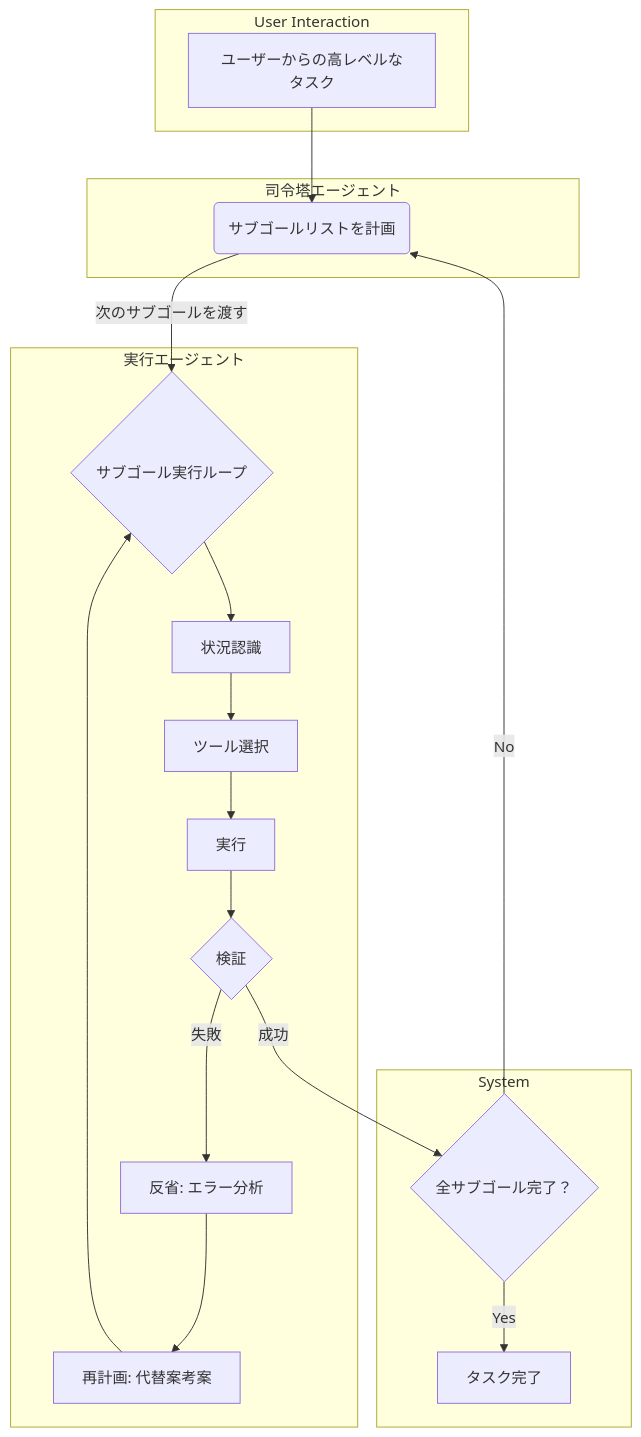
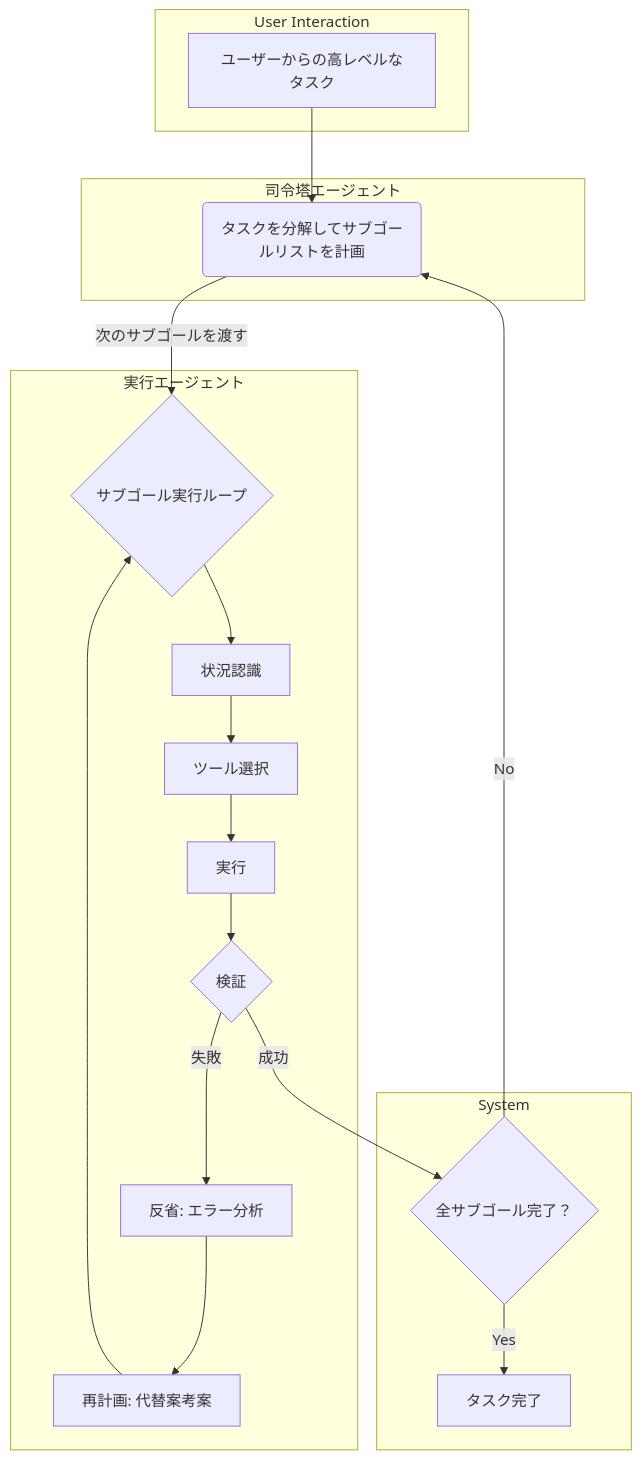
The diagram in README.md (sella-roum/stagehand-agent-console), drawn with Mermaid before and after one commit. The commit also changed other lines of this file and 2 other files, not shown here.

````diff
--- a/README.md
+++ b/README.md
@@ -31,39 +31,39 @@
 ```mermaid
 graph TD
     subgraph User Interaction
         A[ユーザーからの高レベルなタスク]
     end
 
     subgraph Chief Agent [司令塔エージェント]
-        B(サブゴールリストを計画)
+        B(タスクを分解してサブゴールリストを計画)
     end
 
     subgraph Task Automation Agent [実行エージェント]
         C{サブゴール実行ループ}
         D[状況認識]
         E[ツール選択]
         F[実行]
         G{検証}
         H[反省: エラー分析]
         I[再計画: 代替案考案]
     end
 
     subgraph System
         J{全サブゴール完了？}
         K[タスク完了]
     end
 
     A --> B
     B -->|次のサブゴールを渡す| C
     C --> D
     D --> E
     E --> F
     F --> G
     G -- 成功 --> J
     G -- 失敗 --> H
     H --> I
     I --> C
 
     J -- No --> B
     J -- Yes --> K
 ```
````
